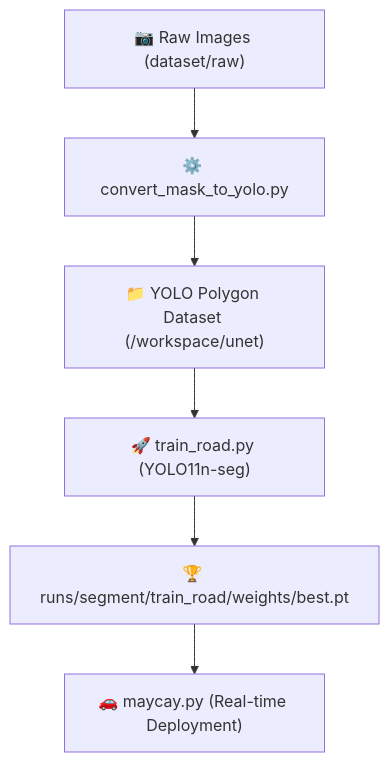
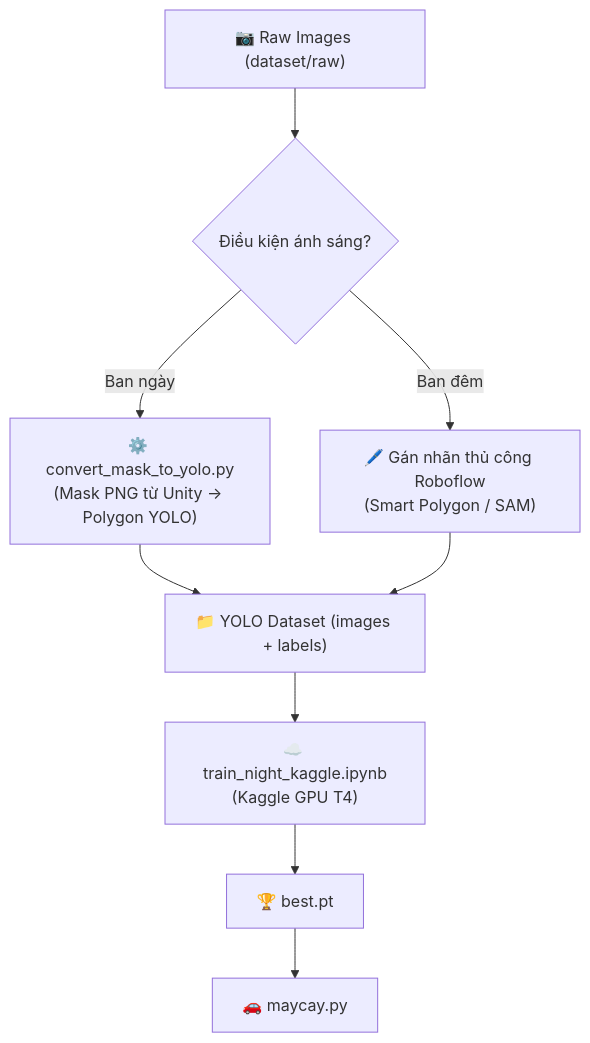
The second of 2 diagrams in README.md (Tam-sketch/UIT-car-racing), drawn with Mermaid before and after one commit. The commit also changed other lines of this file and 5 other files, not shown here.

````diff
--- a/README.md
+++ b/README.md
@@ -218,8 +235,11 @@
 ```mermaid
 graph TD
-    A["📷 Raw Images (dataset/raw)"] --> B["⚙️ convert_mask_to_yolo.py"]
-    B --> C["📁 YOLO Polygon Dataset (/workspace/unet)"]
-    C --> D["🚀 train_road.py (YOLO11n-seg)"]
-    D --> E["🏆 runs/segment/train_road/weights/best.pt"]
-    E --> F["🚗 maycay.py (Real-time Deployment)"]
+    A["📷 Raw Images (dataset/raw)"] --> B{"Điều kiện ánh sáng?"}
+    B -->|Ban ngày| C["⚙️ convert_mask_to_yolo.py<br>(Mask PNG từ Unity → Polygon YOLO)"]
+    B -->|Ban đêm| D["🖊️ Gán nhãn thủ công Roboflow<br>(Smart Polygon / SAM)"]
+    C --> E["📁 YOLO Dataset (images + labels)"]
+    D --> E
+    E --> F["☁️ train_night_kaggle.ipynb<br>(Kaggle GPU T4)"]
+    F --> G["🏆 best.pt"]
+    G --> H["🚗 maycay.py"]
 ```
````
